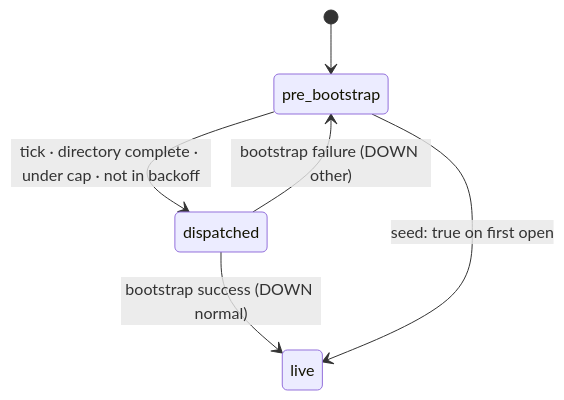
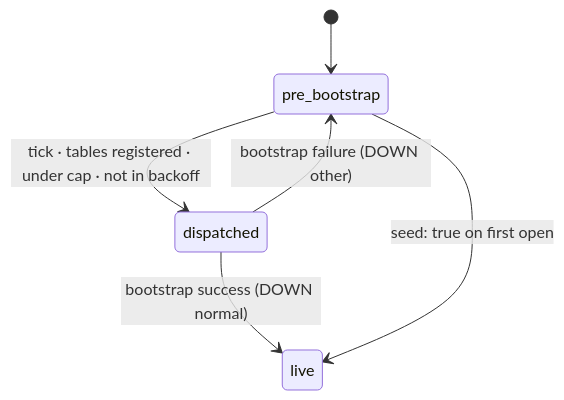
Diagram 15 of 15 in apps/bondy_db/doc_extras/architecture/06_compaction_and_bootstrap.md (bondy-io/bondy), drawn with Mermaid before and after one commit. The commit also changed other lines of this file and 449 other files, not shown here.

````diff
--- a/apps/bondy_db/doc_extras/architecture/06_compaction_and_bootstrap.md
+++ b/apps/bondy_db/doc_extras/architecture/06_compaction_and_bootstrap.md
@@ -1007,8 +1169,8 @@
 ```mermaid
 stateDiagram-v2
     [*] --> pre_bootstrap
-    pre_bootstrap --> dispatched : tick · directory complete · under cap · not in backoff
+    pre_bootstrap --> dispatched : tick · tables registered · under cap · not in backoff
     dispatched --> live : bootstrap success (DOWN normal)
     dispatched --> pre_bootstrap : bootstrap failure (DOWN other)
     pre_bootstrap --> live : seed: true on first open
 ```
````
